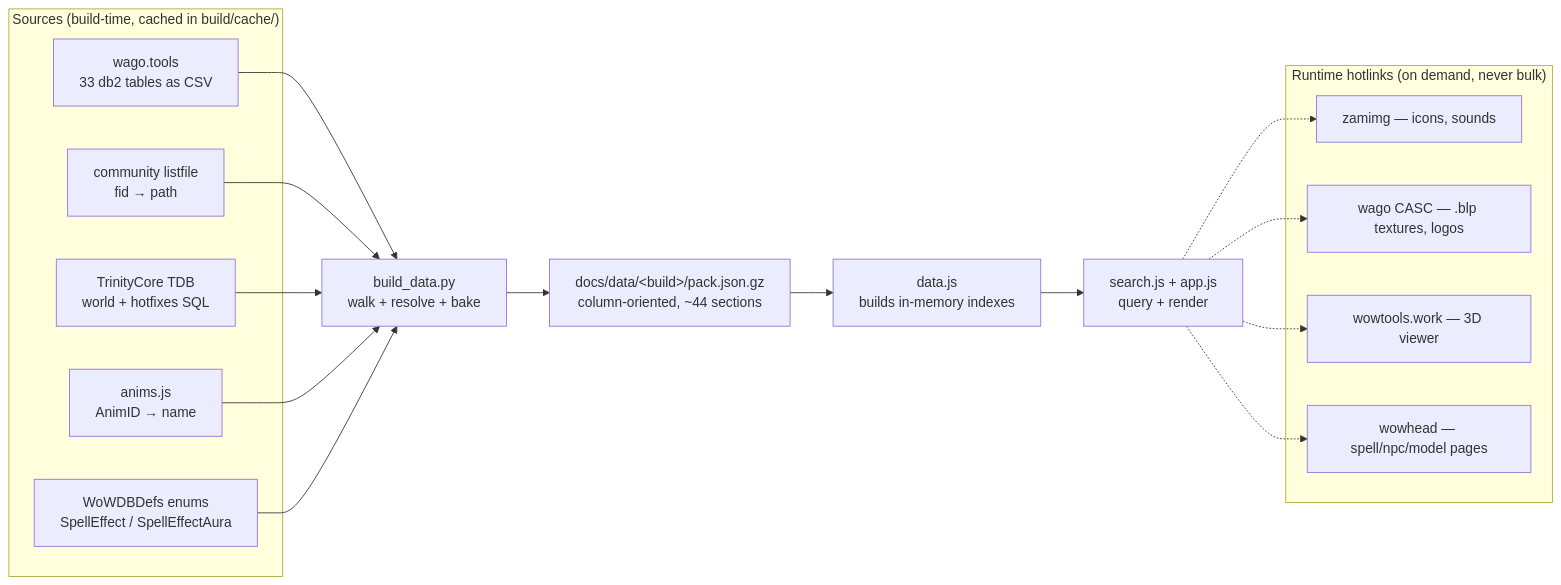
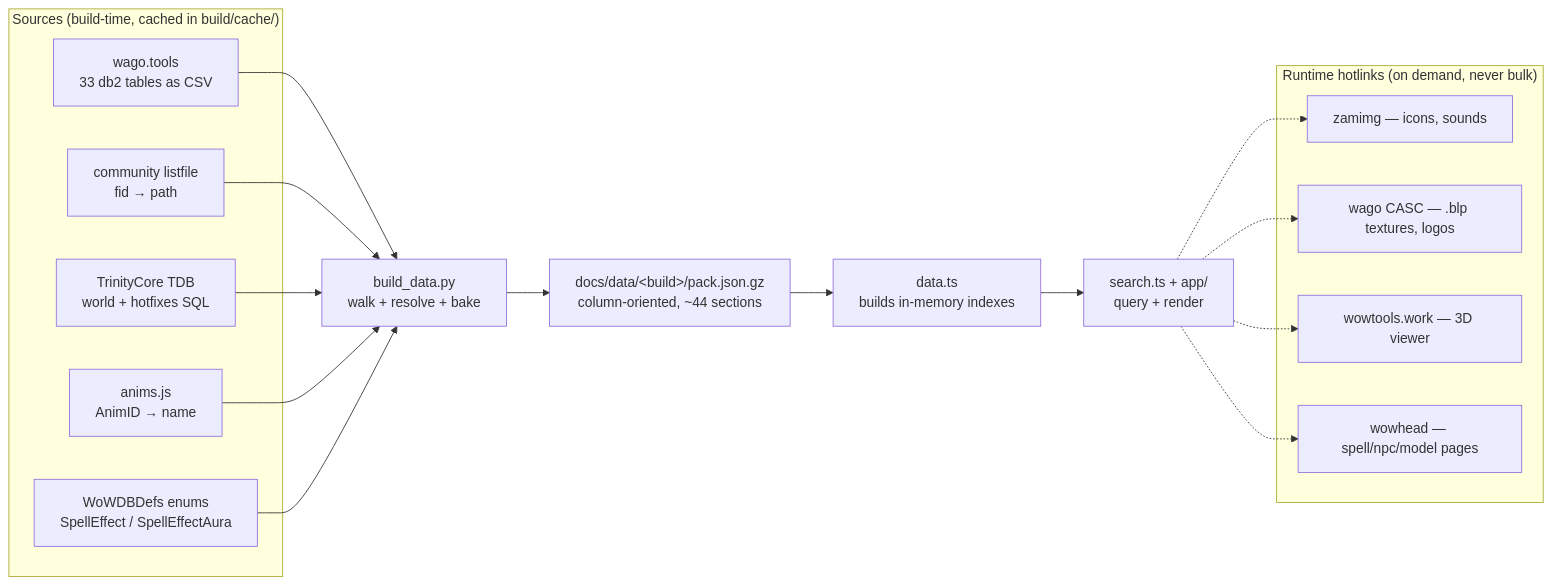
One commit to Natans8/Epsilook changed the first of 20 diagrams in DATA_ROUTES.md. Above: the diagram before and after it, drawn with Mermaid. The commit also changed other lines of this file and 52 other files, not shown here.

````diff
--- a/DATA_ROUTES.md
+++ b/DATA_ROUTES.md
@@ -25,32 +25,32 @@
 ```mermaid
 flowchart LR
   subgraph SRC["Sources (build-time, cached in build/cache/)"]
     W["wago.tools<br/>33 db2 tables as CSV"]
     L["community listfile<br/>fid → path"]
     T["TrinityCore TDB<br/>world + hotfixes SQL"]
     A["anims.js<br/>AnimID → name"]
     E["WoWDBDefs enums<br/>SpellEffect / SpellEffectAura"]
   end
 
   B["build_data.py<br/>walk + resolve + bake"]
   P["docs/data/&lt;build&gt;/pack.json.gz<br/>column-oriented, ~44 sections"]
-  D["data.js<br/>builds in-memory indexes"]
-  U["search.js + app.js<br/>query + render"]
+  D["data.ts<br/>builds in-memory indexes"]
+  U["search.ts + app/<br/>query + render"]
   W --> B
   L --> B
   T --> B
   A --> B
   E --> B
   B --> P --> D --> U
 
   subgraph RT["Runtime hotlinks (on demand, never bulk)"]
     Z["zamimg — icons, sounds"]
     C["wago CASC — .blp textures, logos"]
     V["wowtools.work — 3D viewer"]
     H["wowhead — spell/npc/model pages"]
   end
   U -.-> Z
   U -.-> C
   U -.-> V
   U -.-> H
 ```
````
